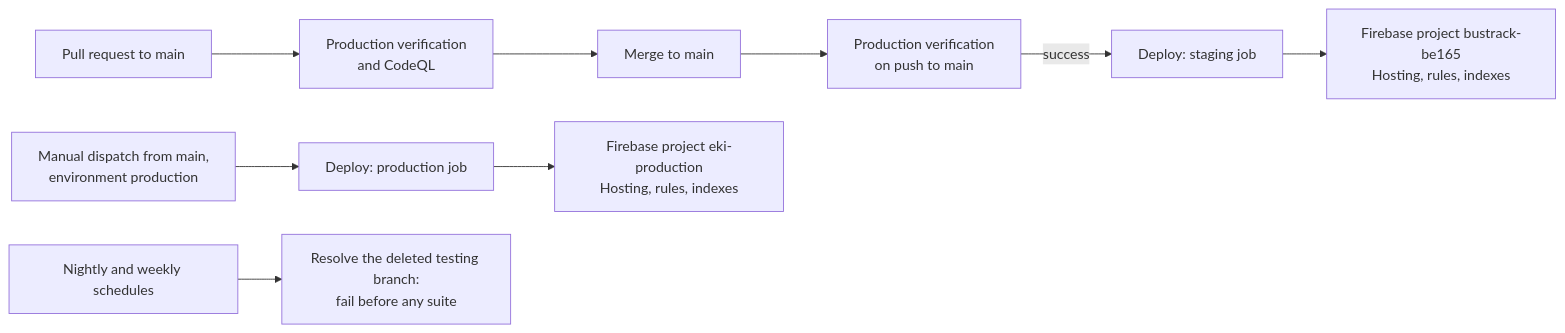
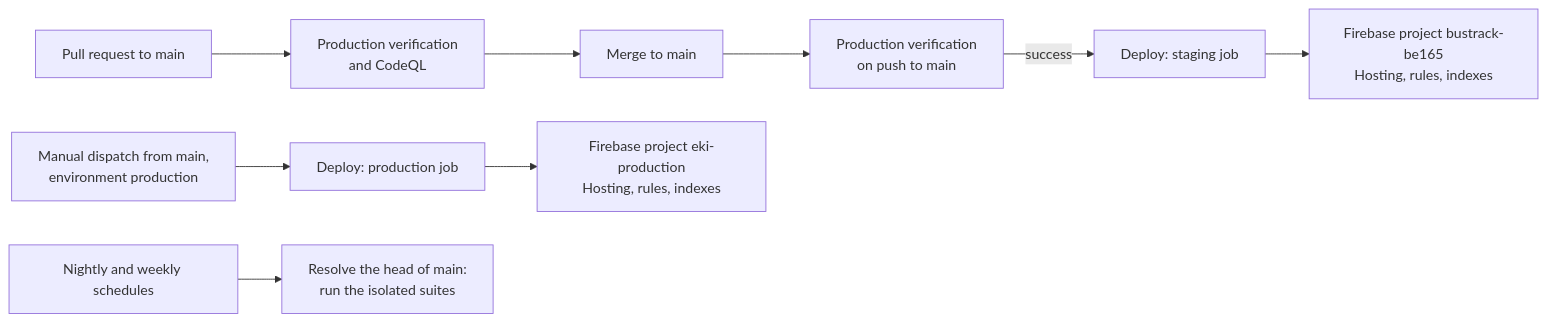
The diagram in docs/operations/CI_CD_AND_RELEASES.md (notnamansinha/Eki), drawn with Mermaid before and after one commit. The commit also changed other lines of this file and 10 other files, not shown here.

````diff
--- a/docs/operations/CI_CD_AND_RELEASES.md
+++ b/docs/operations/CI_CD_AND_RELEASES.md
@@ -17,11 +17,11 @@
 ```mermaid
 flowchart LR
     PR[Pull request to main] --> CI[Production verification<br/>and CodeQL]
     CI --> Merge[Merge to main]
     Merge --> CIM[Production verification<br/>on push to main]
     CIM -->|success| DS[Deploy: staging job]
     DS --> P1[Firebase project bustrack-be165<br/>Hosting, rules, indexes]
     Manual[Manual dispatch from main,<br/>environment production] --> DP[Deploy: production job]
     DP --> P2[Firebase project eki-production<br/>Hosting, rules, indexes]
-    Sched[Nightly and weekly schedules] --> T[Resolve the deleted testing branch:<br/>fail before any suite]
+    Sched[Nightly and weekly schedules] --> T[Resolve the head of main:<br/>run the isolated suites]
 ```
````
